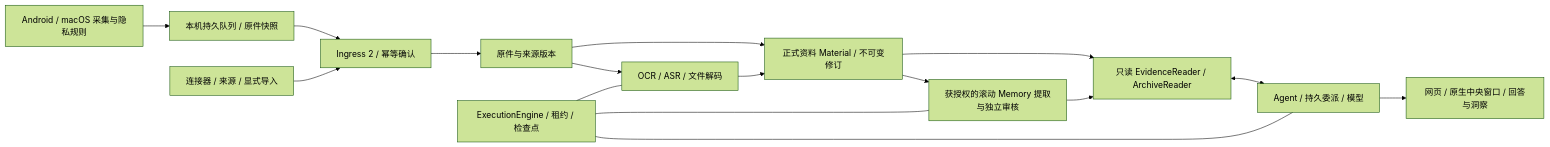
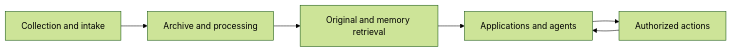
The diagram in docs/architecture.md (utopiafar/mote), drawn with Mermaid (forest theme) before and after one commit. The commit also changed other lines of this file and 305 other files, not shown here.

````diff
--- a/docs/architecture.md
+++ b/docs/architecture.md
@@ -16,18 +9,8 @@
 ```mermaid
 flowchart LR
-  C[Android / macOS 采集与隐私规则] --> Q[本机持久队列 / 原件快照]
-  Q --> I[Ingress 2 / 幂等确认]
-  S[连接器 / 来源 / 显式导入] --> I
-  I --> R[原件与来源版本]
-  R --> M[正式资料 Material / 不可变修订]
-  R --> P[OCR / ASR / 文件解码]
-  P --> M
-  M --> E[只读 EvidenceReader / ArchiveReader]
-  M --> W[获授权的滚动 Memory 提取与独立审核]
-  W --> E
-  E <--> A[Agent / 持久委派 / 模型]
-  A --> U[网页 / 原生中央窗口 / 回答与洞察]
-  X[ExecutionEngine / 租约 / 检查点] --- P
-  X --- W
-  X --- A
+  I[Collection and intake] --> A[Archive and processing]
+  A --> R[Original and memory retrieval]
+  R --> P[Applications and agents]
+  P --> X[Authorized actions]
+  X --> P
 ```
````
